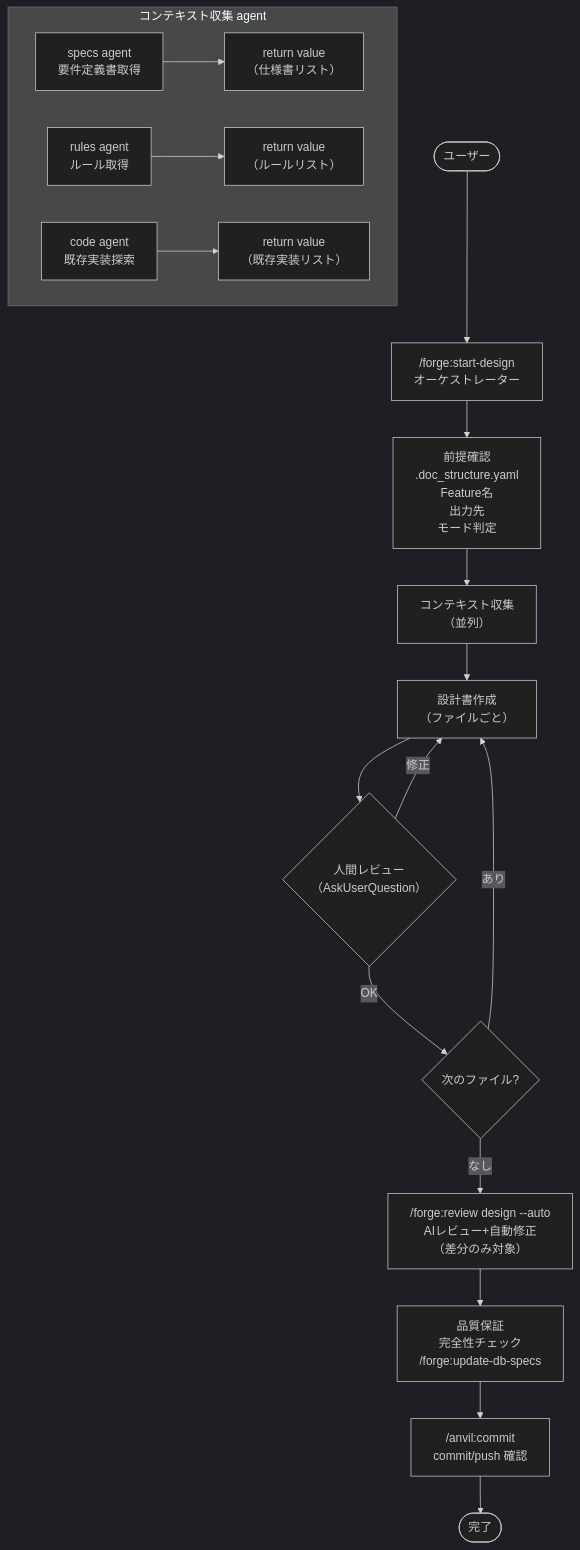
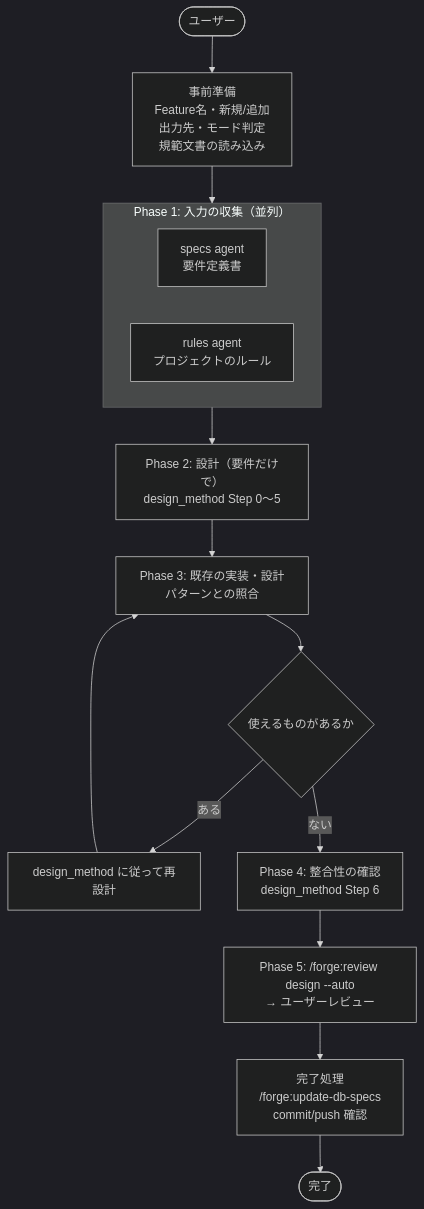
The diagram in docs/specs/forge/design/DES-018_create_design_workflow_design.md (BlueEventHorizon/bw-cc-plugins), drawn with Mermaid (dark theme) before and after one commit. The commit also changed other lines of this file and 23 other files, not shown here.

First line of the commit message:
docs(forge): 設計を要件から組み立てる方針で start-design と設計規範を再構成し、design_format.md を廃止する

````diff
--- a/docs/specs/forge/design/DES-018_create_design_workflow_design.md
+++ b/docs/specs/forge/design/DES-018_create_design_workflow_design.md
@@ -22,30 +14,26 @@
 ```mermaid
 flowchart TD
-    User([ユーザー]) --> ORCHESTRATOR
+    User([ユーザー]) --> PREREQ
 
-    ORCHESTRATOR["/forge:start-design<br>オーケストレーター"] --> PREREQ
+    PREREQ["事前準備<br>Feature名・新規/追加<br>出力先・モード判定<br>規範文書の読み込み"] --> COLLECT
 
-    PREREQ["前提確認<br>.doc_structure.yaml<br>Feature名<br>出力先<br>モード判定"] --> CONTEXT
-
-    CONTEXT["コンテキスト収集<br>（並列）"] --> DESIGN
-
-    subgraph CONTEXT_AGENTS["コンテキスト収集 agent"]
-        A1["specs agent<br>要件定義書取得"] --> RV_SPECS["return value<br>（仕様書リスト）"]
-        A2["rules agent<br>ルール取得"] --> RV_RULES["return value<br>（ルールリスト）"]
-        A3["code agent<br>既存実装探索"] --> RV_CODE["return value<br>（既存実装リスト）"]
+    subgraph COLLECT["Phase 1: 入力の収集（並列）"]
+        A1["specs agent<br>要件定義書"]
+        A2["rules agent<br>プロジェクトのルール"]
     end
 
-    DESIGN["設計書作成<br>（ファイルごと）"] --> REVIEW_ASK
+    COLLECT --> DESIGN
 
-    REVIEW_ASK{"人間レビュー<br>（AskUserQuestion）"} -->|"OK"| NEXT_FILE
-    REVIEW_ASK -->|"修正"| DESIGN
+    DESIGN["Phase 2: 設計（要件だけで）<br>design_method Step 0〜5"] --> MATCH
 
-    NEXT_FILE{次のファイル?} -->|"あり"| DESIGN
-    NEXT_FILE -->|"なし"| AI_REVIEW
+    MATCH["Phase 3: 既存の実装・設計パターンとの照合"] --> FOUND{使えるものがあるか}
+    FOUND -->|"ある"| REDESIGN["design_method に従って再設計"]
+    REDESIGN --> MATCH
+    FOUND -->|"ない"| CHECK
 
-    AI_REVIEW["/forge:review design --auto<br>AIレビュー+自動修正<br>（差分のみ対象）"] --> QA
+    CHECK["Phase 4: 整合性の確認<br>design_method Step 6"] --> REVIEW
 
-    QA["品質保証<br>完全性チェック<br>/forge:update-db-specs"] --> COMMIT
+    REVIEW["Phase 5: /forge:review design --auto<br>→ ユーザーレビュー"] --> FINISH
 
-    COMMIT["/anvil:commit<br>commit/push 確認"] --> End([完了])
+    FINISH["完了処理<br>/forge:update-db-specs<br>commit/push 確認"] --> Done([完了])
 ```
````
